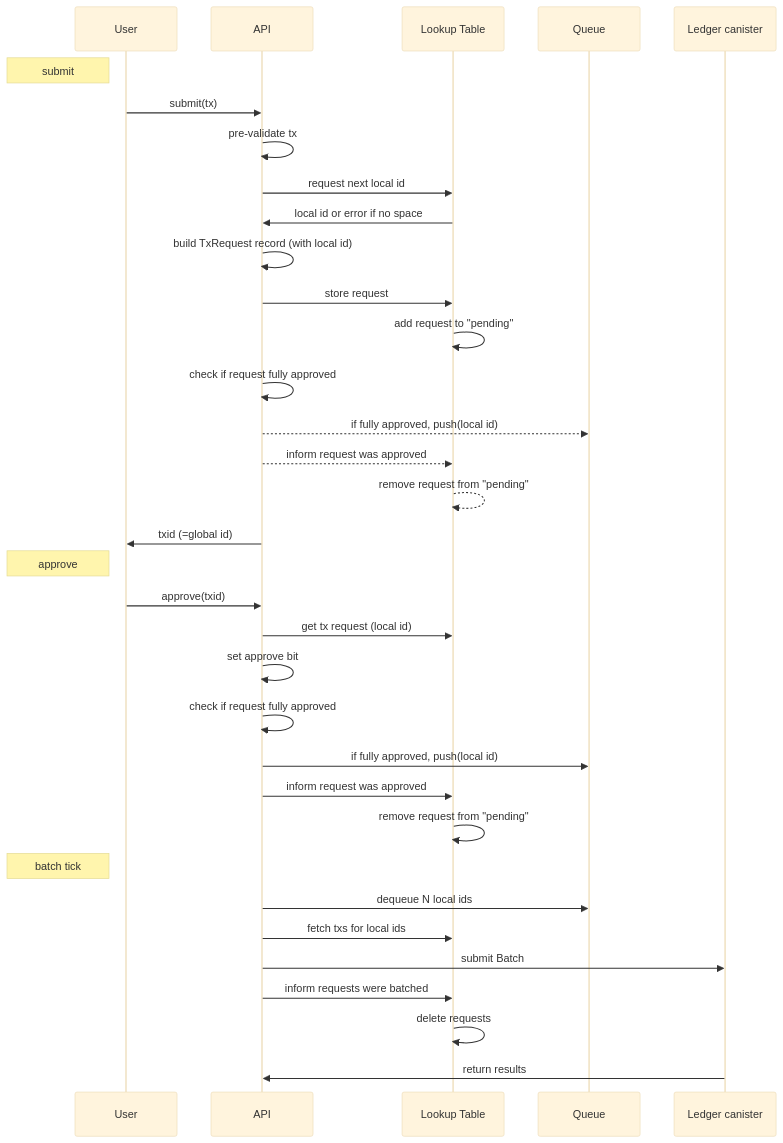
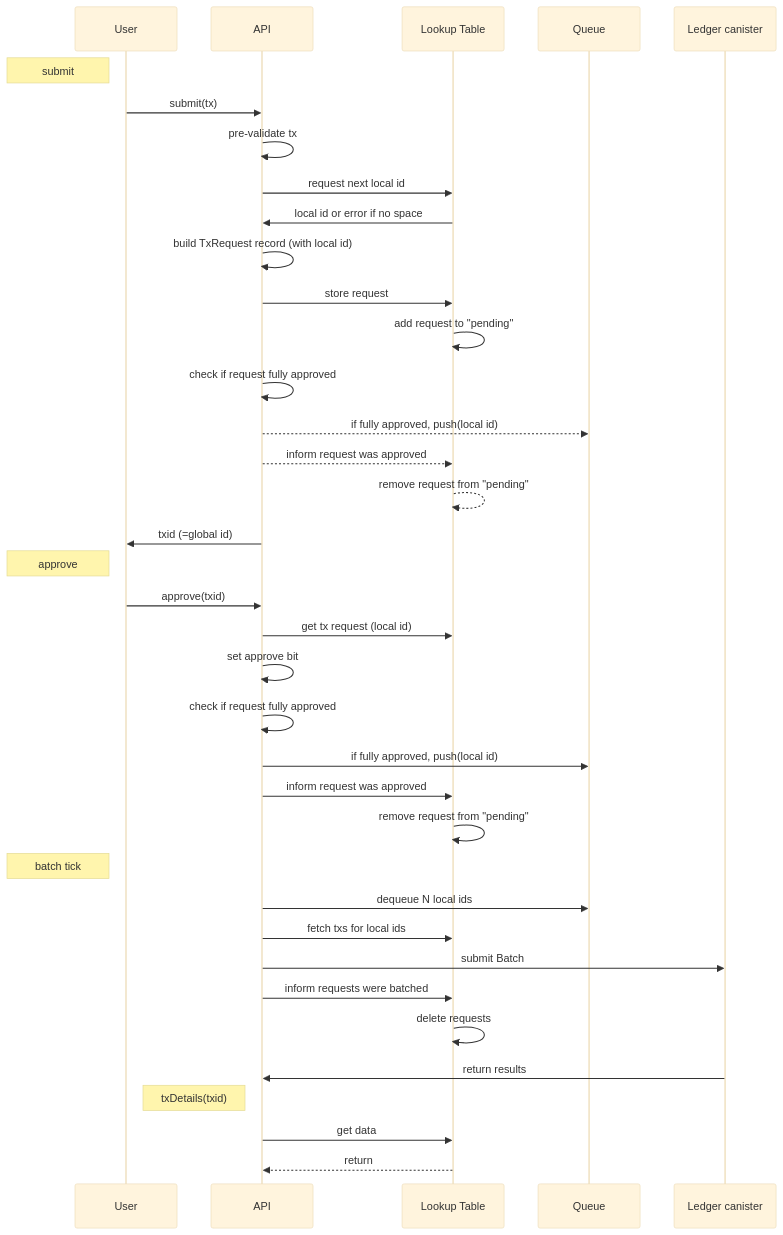
One commit to research-ag/hpl changed the diagram in README.md. Above: the diagram before and after it, drawn with Mermaid (base theme). The commit also changed other lines of this file, not shown here.

````diff
--- a/README.md
+++ b/README.md
@@ -26,31 +152,34 @@
 ```mermaid
 sequenceDiagram
     Note left of User: submit
     User->>API: submit(tx)
     API->>API: pre-validate tx 
     API->>Lookup Table: request next local id
     Lookup Table->>API: local id or error if no space
     API->>API: build TxRequest record (with local id)
     API->>Lookup Table: store request
     Lookup Table->>Lookup Table: add request to "pending"
     API->>API: check if request fully approved
     API-->>Queue: if fully approved, push(local id)
     API-->>Lookup Table: inform request was approved
     Lookup Table-->>Lookup Table: remove request from "pending"
     API->>User: txid (=global id) 
     Note left of User: approve
     User->>API: approve(txid)
     API->>Lookup Table: get tx request (local id) 
     API->>API: set approve bit
     API->>API: check if request fully approved
     API->>Queue: if fully approved, push(local id)
     API->>Lookup Table: inform request was approved
     Lookup Table->>Lookup Table: remove request from "pending"
     Note left of User: batch tick
     API->>Queue: dequeue N local ids
     API->>Lookup Table: fetch txs for local ids
     API->>Ledger canister: submit Batch
     API->>Lookup Table: inform requests were batched
     Lookup Table->>Lookup Table: delete requests
     Ledger canister->>API: return results
+    Note left of API: txDetails(txid)
+    API->>Lookup Table: get data
+    Lookup Table-->>API: return
 ```
````
